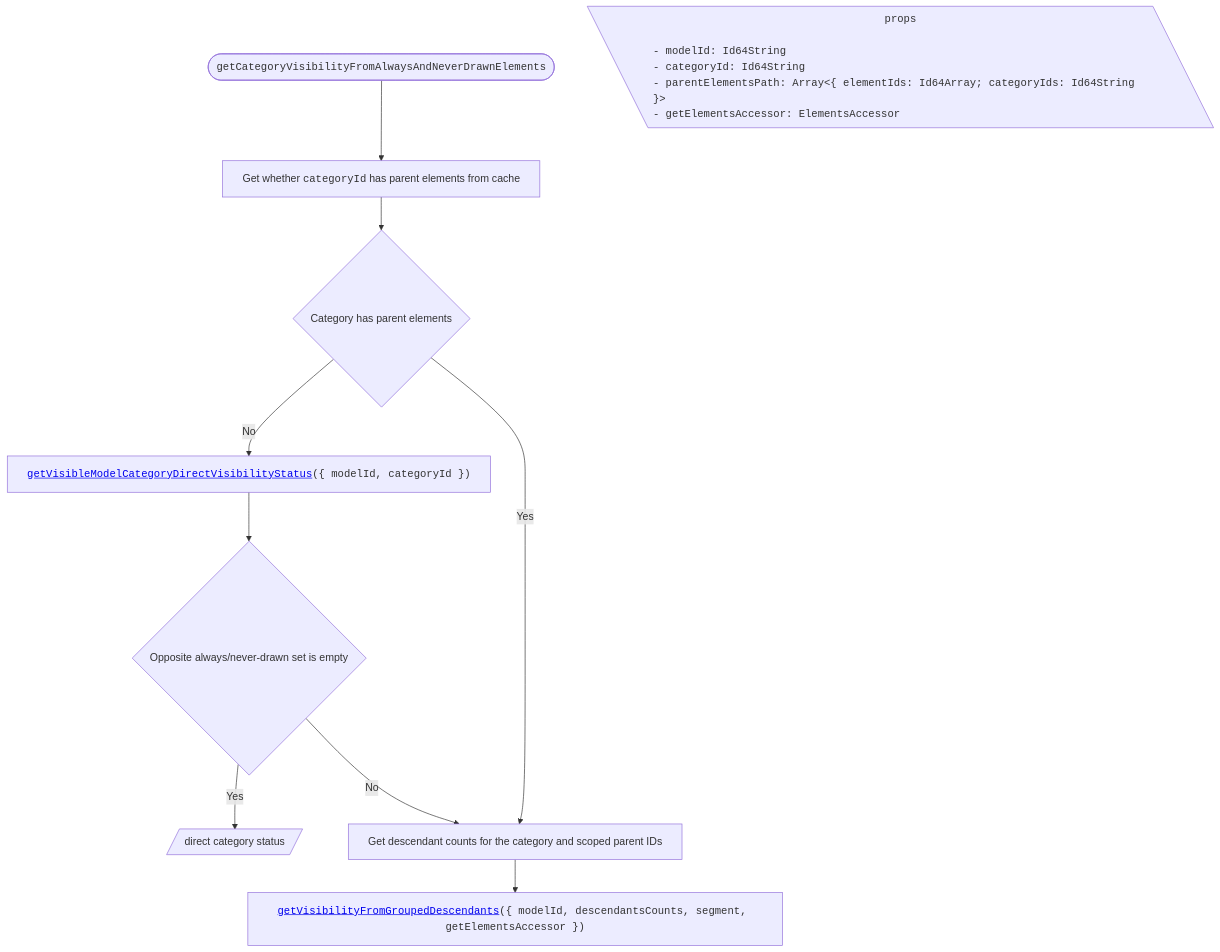
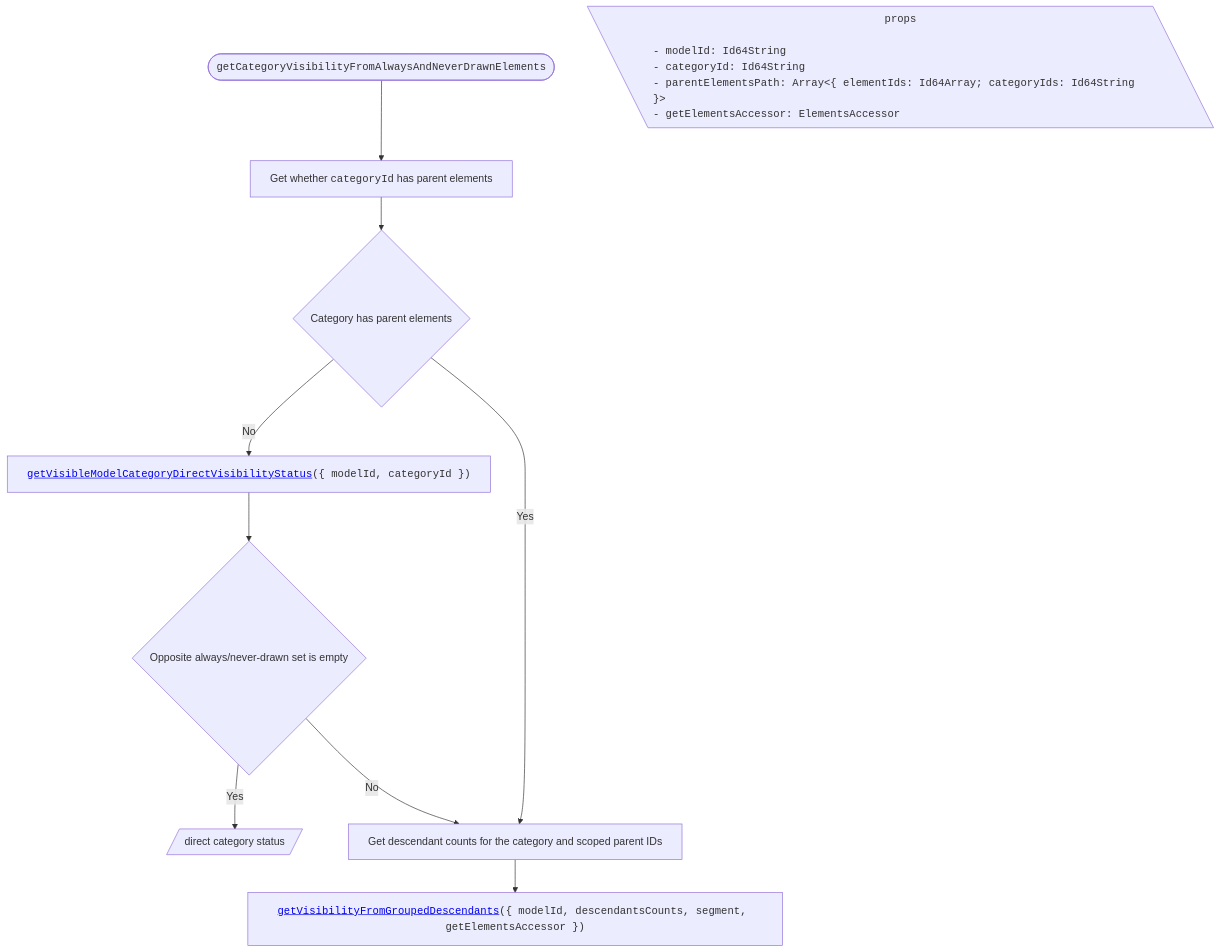
One commit to iTwin/viewer-components-react changed the seventh of 17 diagrams in packages/itwin/tree-widget/docs/SharedVisibilityHandling.md. Above: the diagram before and after it, drawn with Mermaid. The commit also changed other lines of this file and 4 other files, not shown here.

````diff
--- a/packages/itwin/tree-widget/docs/SharedVisibilityHandling.md
+++ b/packages/itwin/tree-widget/docs/SharedVisibilityHandling.md
@@ -291,27 +289,27 @@
 ```mermaid
 ---
 config:
   flowchart:
     wrappingWidth: 750
     useMaxWidth: false
 ---
 
 flowchart TD
   RESULT_Direct[/direct category status/]
 
   %% Start
-  TITLE(["<span style='font-family: monospace;'>getCategoryVisibilityFromAlwaysAndNeverDrawnElements</span>"]) --> A["Get whether <span style='font-family: monospace;'>categoryId</span> has parent elements from cache"]
+  TITLE(["<span style='font-family: monospace;'>getCategoryVisibilityFromAlwaysAndNeverDrawnElements</span>"]) --> A["Get whether <span style='font-family: monospace;'>categoryId</span> has parent elements"]
 
   PROPS[\"
     <span style='font-family: monospace;'>props</span>
     <span style='display: block; text-align: left; font-family: monospace;'>- modelId: Id64String<br/>- categoryId: Id64String<br/>- parentElementsPath: Array&lt;{ elementIds: Id64Array; categoryIds: Id64String }&gt;<br/>- getElementsAccessor: ElementsAccessor</span>
   "\]
 
   A --> B{"Category has parent elements"}
   B -- No --> C["<span style='font-family: monospace;'><a href='#getvisiblemodelcategorydirectvisibilitystatus'>getVisibleModelCategoryDirectVisibilityStatus</a>({ modelId, categoryId })</span>"]
   C --> D{"Opposite always/never-drawn set is empty"}
   D -- Yes --> RESULT_Direct
   D -- No --> E
   B -- Yes --> E["Get descendant counts for the category and scoped parent IDs"]
   E --> F["<span style='font-family: monospace;'><a href='#grouped-descendant-visibility'>getVisibilityFromGroupedDescendants</a>({ modelId, descendantsCounts, segment, getElementsAccessor })</span>"]
 ```
````
